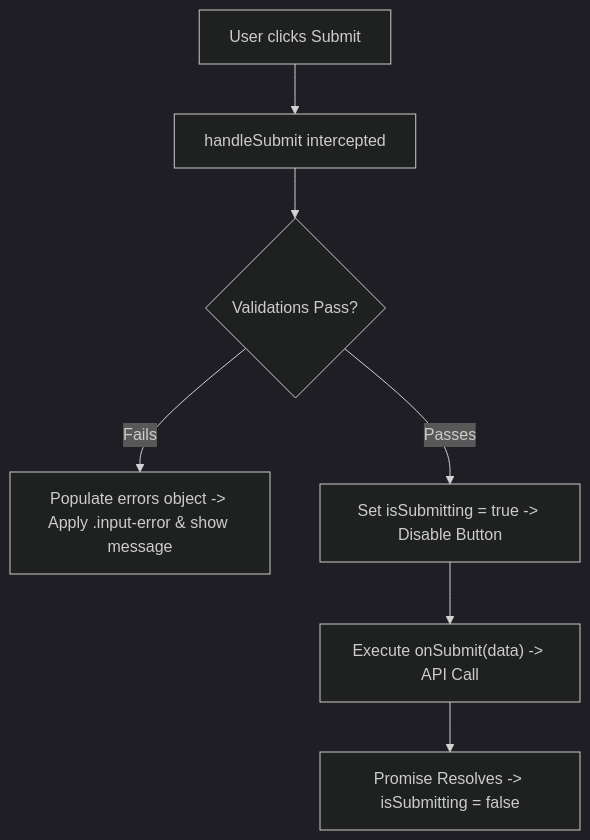
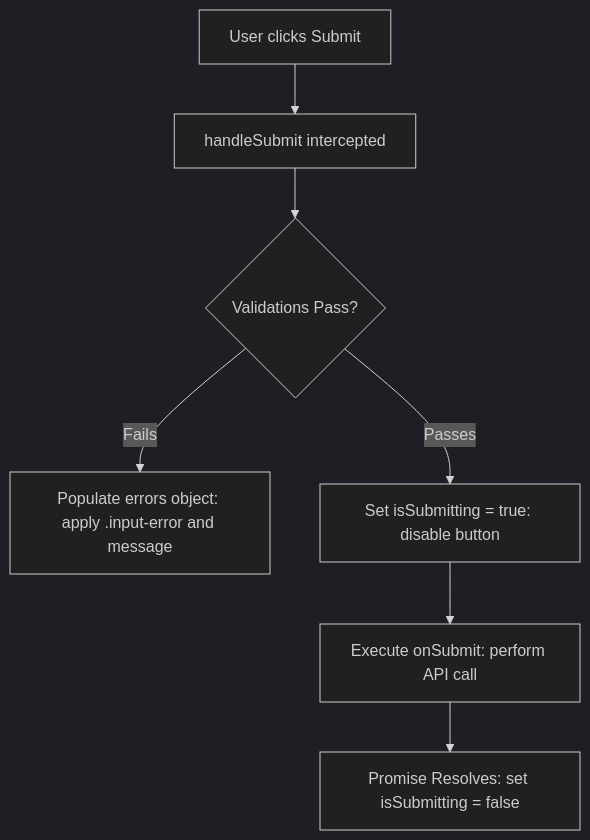
Diagram 11 of 11 in notes.md (spant671-ux/React2), drawn with Mermaid (dark theme) before and after one commit. The commit also changed other lines of this file, not shown here.

````diff
--- a/notes.md
+++ b/notes.md
@@ -552,9 +550,9 @@
 ```mermaid
 graph TD
     Submit["User clicks Submit"] --> Handle["handleSubmit intercepted"]
     Handle --> Check{"Validations Pass?"}
-    Check -- "Fails" --> Errors["Populate errors object -> Apply .input-error & show message"]
-    Check -- "Passes" --> SetSubmitting["Set isSubmitting = true -> Disable Button"]
-    SetSubmitting --> API["Execute onSubmit(data) -> API Call"]
-    API --> Done["Promise Resolves -> isSubmitting = false"]
+    Check -- "Fails" --> Errors["Populate errors object: apply .input-error and message"]
+    Check -- "Passes" --> SetSubmitting["Set isSubmitting = true: disable button"]
+    SetSubmitting --> API["Execute onSubmit: perform API call"]
+    API --> Done["Promise Resolves: set isSubmitting = false"]
 ```
````
